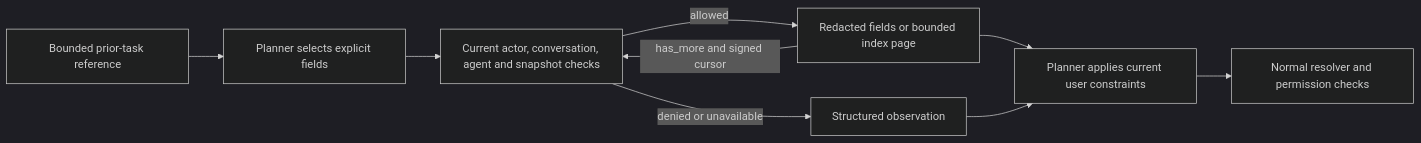
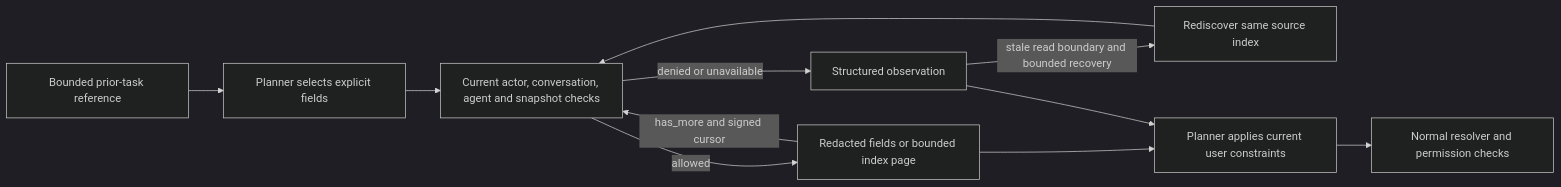
One commit to MatrixCoreX/RustClaw changed the first of 5 diagrams in docs/architecture/03-task-state-context.md. Above: the diagram before and after it, drawn with Mermaid (dark theme). The commit also changed other lines of this file and 39 other files, not shown here.

Commit message:
fix(runtime): preserve failure presentation and bounded context recovery

````diff
--- a/docs/architecture/03-task-state-context.md
+++ b/docs/architecture/03-task-state-context.md
@@ -63,11 +82,13 @@
 ```mermaid
 flowchart LR
     A[Bounded prior-task reference] --> B[Planner selects explicit fields]
     B --> C[Current actor, conversation, agent and snapshot checks]
     C -->|allowed| D[Redacted fields or bounded index page]
     D -->|has_more and signed cursor| C
     C -->|denied or unavailable| E[Structured observation]
+    E -->|stale read boundary and bounded recovery| R[Rediscover same source index]
+    R --> C
     D --> F[Planner applies current user constraints]
     F --> G[Normal resolver and permission checks]
     E --> F
 ```
````
